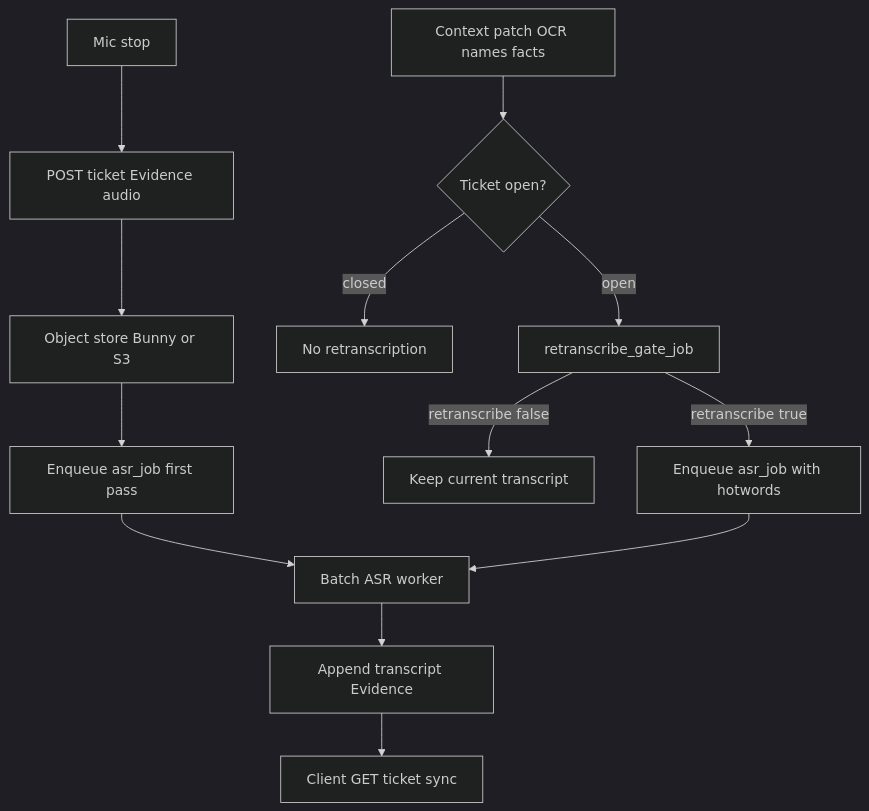
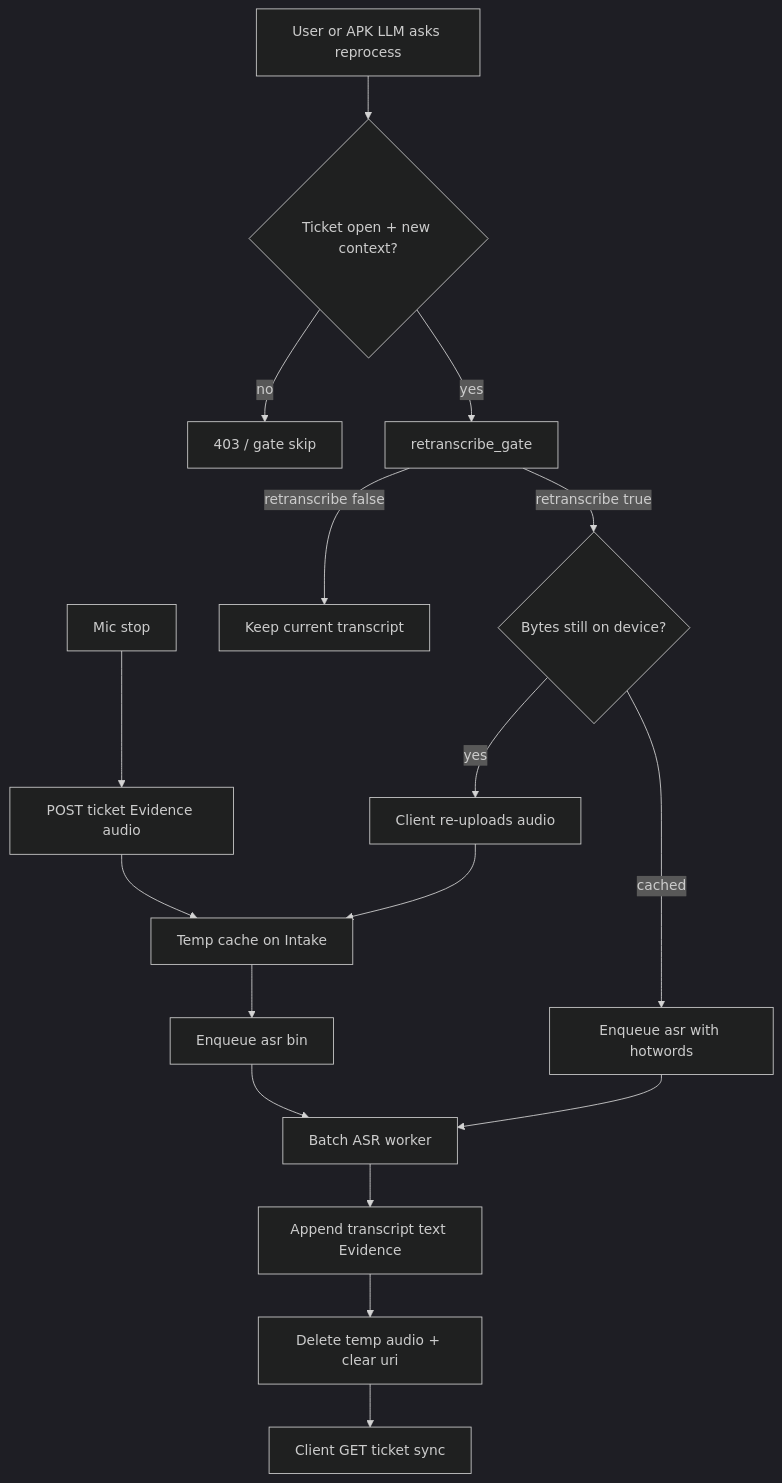
One commit to paradigm-threat/myproblem changed the diagram in docs/progressive-transcription.md. Above: the diagram before and after it, drawn with Mermaid (dark theme). The commit also changed other lines of this file and 101 other files, not shown here.

First line of the commit message:
feat: KB-first problem-solving vision, Intake APK path, site disclaimer

````diff
--- a/docs/progressive-transcription.md
+++ b/docs/progressive-transcription.md
@@ -37,16 +40,20 @@
 ```mermaid
 flowchart TD
   mic[Mic stop] --> postAudio[POST ticket Evidence audio]
-  postAudio --> storeBlob[Object store Bunny or S3]
-  storeBlob --> enqueue[Enqueue asr_job first pass]
+  postAudio --> cache[Temp cache on Intake]
+  cache --> enqueue[Enqueue asr bin]
   enqueue --> batch[Batch ASR worker]
-  batch --> writeTx[Append transcript Evidence]
-  writeTx --> clientSync[Client GET ticket sync]
+  batch --> writeTx[Append transcript text Evidence]
+  writeTx --> purge[Delete temp audio + clear uri]
+  purge --> clientSync[Client GET ticket sync]
 
-  ctx[Context patch OCR names facts] --> openCheck{Ticket open?}
-  openCheck -->|closed| stop[No retranscription]
-  openCheck -->|open| llmGate[retranscribe_gate_job]
+  ask[User or APK LLM asks reprocess] --> openCheck{Ticket open + new context?}
+  openCheck -->|no| refuse[403 / gate skip]
+  openCheck -->|yes| llmGate[retranscribe_gate]
   llmGate -->|retranscribe false| keep[Keep current transcript]
-  llmGate -->|retranscribe true| enqueueRe[Enqueue asr_job with hotwords]
+  llmGate -->|retranscribe true| needBytes{Bytes still on device?}
+  needBytes -->|yes| reupload[Client re-uploads audio]
+  needBytes -->|cached| enqueueRe[Enqueue asr with hotwords]
+  reupload --> cache
   enqueueRe --> batch
 ```
````
